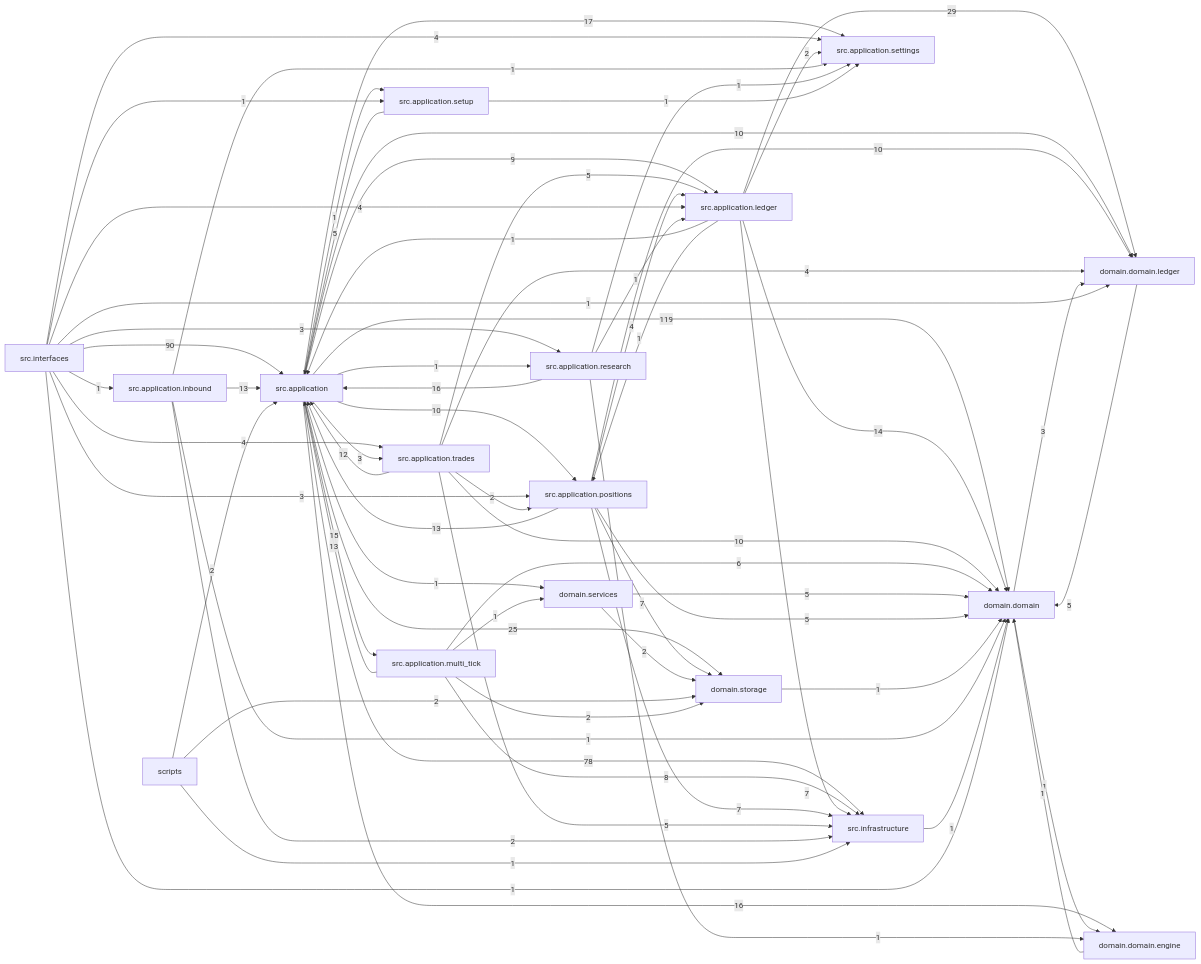
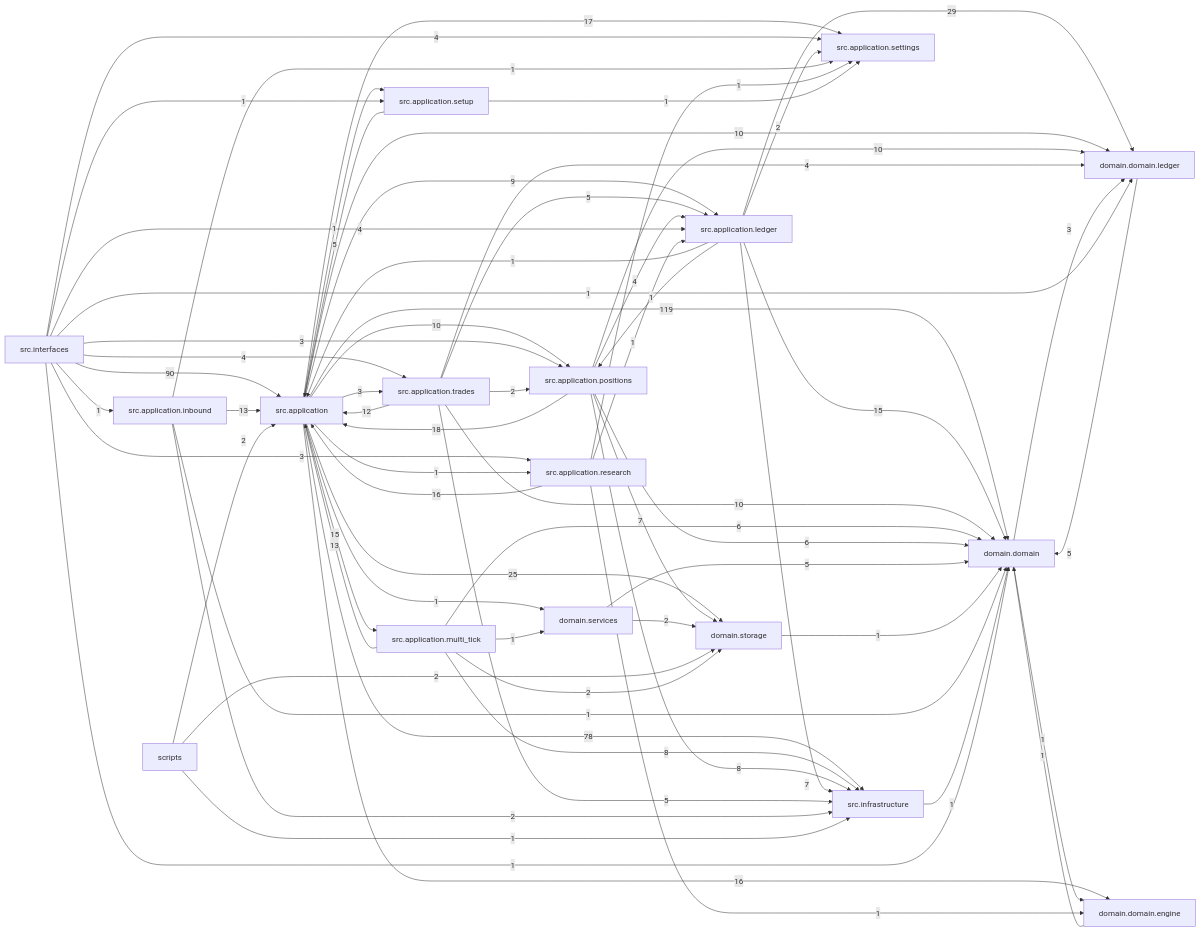
Before and after one commit to liuxie066/options-monitor: the diagram in docs/dependency_graph.mmd, drawn with Mermaid. The commit also changed 3 other files, not shown here.

```diff
--- a/docs/dependency_graph.mmd
+++ b/docs/dependency_graph.mmd
@@ -1,68 +1,68 @@
 flowchart LR
   src_application["src.application"] -->|119| domain_domain["domain.domain"]
   src_interfaces["src.interfaces"] -->|90| src_application["src.application"]
   src_application["src.application"] -->|78| src_infrastructure["src.infrastructure"]
   src_application_ledger["src.application.ledger"] -->|29| domain_domain_ledger["domain.domain.ledger"]
   src_application["src.application"] -->|25| domain_storage["domain.storage"]
+  src_application_positions["src.application.positions"] -->|18| src_application["src.application"]
   src_application["src.application"] -->|17| src_application_settings["src.application.settings"]
   src_application["src.application"] -->|16| domain_domain_engine["domain.domain.engine"]
   src_application_research["src.application.research"] -->|16| src_application["src.application"]
   src_application["src.application"] -->|15| src_application_multi_tick["src.application.multi_tick"]
-  src_application_ledger["src.application.ledger"] -->|14| domain_domain["domain.domain"]
+  src_application_ledger["src.application.ledger"] -->|15| domain_domain["domain.domain"]
   src_application_inbound["src.application.inbound"] -->|13| src_application["src.application"]
   src_application_multi_tick["src.application.multi_tick"] -->|13| src_application["src.application"]
-  src_application_positions["src.application.positions"] -->|13| src_application["src.application"]
   src_application_trades["src.application.trades"] -->|12| src_application["src.application"]
   src_application["src.application"] -->|10| domain_domain_ledger["domain.domain.ledger"]
   src_application["src.application"] -->|10| src_application_positions["src.application.positions"]
   src_application_positions["src.application.positions"] -->|10| domain_domain_ledger["domain.domain.ledger"]
   src_application_trades["src.application.trades"] -->|10| domain_domain["domain.domain"]
   src_application["src.application"] -->|9| src_application_ledger["src.application.ledger"]
   src_application_multi_tick["src.application.multi_tick"] -->|8| src_infrastructure["src.infrastructure"]
+  src_application_positions["src.application.positions"] -->|8| src_infrastructure["src.infrastructure"]
   src_application_ledger["src.application.ledger"] -->|7| src_infrastructure["src.infrastructure"]
   src_application_positions["src.application.positions"] -->|7| domain_storage["domain.storage"]
-  src_application_positions["src.application.positions"] -->|7| src_infrastructure["src.infrastructure"]
   src_application_multi_tick["src.application.multi_tick"] -->|6| domain_domain["domain.domain"]
+  src_application_positions["src.application.positions"] -->|6| domain_domain["domain.domain"]
   domain_domain_ledger["domain.domain.ledger"] -->|5| domain_domain["domain.domain"]
   domain_services["domain.services"] -->|5| domain_domain["domain.domain"]
-  src_application_positions["src.application.positions"] -->|5| domain_domain["domain.domain"]
   src_application_setup["src.application.setup"] -->|5| src_application["src.application"]
   src_application_trades["src.application.trades"] -->|5| src_application_ledger["src.application.ledger"]
   src_application_trades["src.application.trades"] -->|5| src_infrastructure["src.infrastructure"]
   src_application_positions["src.application.positions"] -->|4| src_application_ledger["src.application.ledger"]
   src_application_trades["src.application.trades"] -->|4| domain_domain_ledger["domain.domain.ledger"]
   src_interfaces["src.interfaces"] -->|4| src_application_ledger["src.application.ledger"]
   src_interfaces["src.interfaces"] -->|4| src_application_settings["src.application.settings"]
   src_interfaces["src.interfaces"] -->|4| src_application_trades["src.application.trades"]
   domain_domain["domain.domain"] -->|3| domain_domain_ledger["domain.domain.ledger"]
   src_application["src.application"] -->|3| src_application_trades["src.application.trades"]
   src_interfaces["src.interfaces"] -->|3| src_application_positions["src.application.positions"]
   src_interfaces["src.interfaces"] -->|3| src_application_research["src.application.research"]
   domain_services["domain.services"] -->|2| domain_storage["domain.storage"]
   scripts["scripts"] -->|2| domain_storage["domain.storage"]
   scripts["scripts"] -->|2| src_application["src.application"]
   src_application_inbound["src.application.inbound"] -->|2| src_infrastructure["src.infrastructure"]
   src_application_ledger["src.application.ledger"] -->|2| src_application_settings["src.application.settings"]
   src_application_multi_tick["src.application.multi_tick"] -->|2| domain_storage["domain.storage"]
   src_application_trades["src.application.trades"] -->|2| src_application_positions["src.application.positions"]
   domain_domain["domain.domain"] -->|1| domain_domain_engine["domain.domain.engine"]
   domain_domain_engine["domain.domain.engine"] -->|1| domain_domain["domain.domain"]
   domain_storage["domain.storage"] -->|1| domain_domain["domain.domain"]
   scripts["scripts"] -->|1| src_infrastructure["src.infrastructure"]
   src_application["src.application"] -->|1| domain_services["domain.services"]
   src_application["src.application"] -->|1| src_application_research["src.application.research"]
   src_application["src.application"] -->|1| src_application_setup["src.application.setup"]
   src_application_inbound["src.application.inbound"] -->|1| domain_domain["domain.domain"]
   src_application_inbound["src.application.inbound"] -->|1| src_application_settings["src.application.settings"]
   src_application_ledger["src.application.ledger"] -->|1| src_application["src.application"]
   src_application_ledger["src.application.ledger"] -->|1| src_application_positions["src.application.positions"]
   src_application_multi_tick["src.application.multi_tick"] -->|1| domain_services["domain.services"]
   src_application_research["src.application.research"] -->|1| domain_domain_engine["domain.domain.engine"]
   src_application_research["src.application.research"] -->|1| src_application_ledger["src.application.ledger"]
   src_application_research["src.application.research"] -->|1| src_application_settings["src.application.settings"]
   src_application_setup["src.application.setup"] -->|1| src_application_settings["src.application.settings"]
   src_infrastructure["src.infrastructure"] -->|1| domain_domain["domain.domain"]
   src_interfaces["src.interfaces"] -->|1| domain_domain["domain.domain"]
   src_interfaces["src.interfaces"] -->|1| domain_domain_ledger["domain.domain.ledger"]
   src_interfaces["src.interfaces"] -->|1| src_application_inbound["src.application.inbound"]
   src_interfaces["src.interfaces"] -->|1| src_application_setup["src.application.setup"]
```
